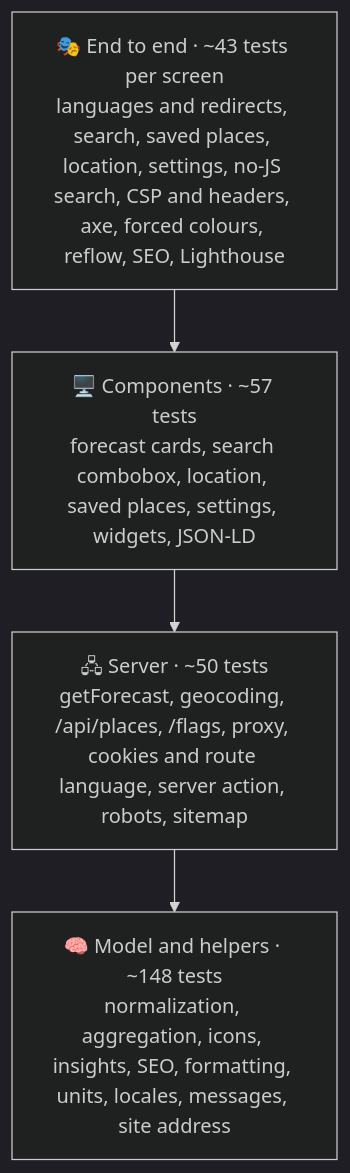
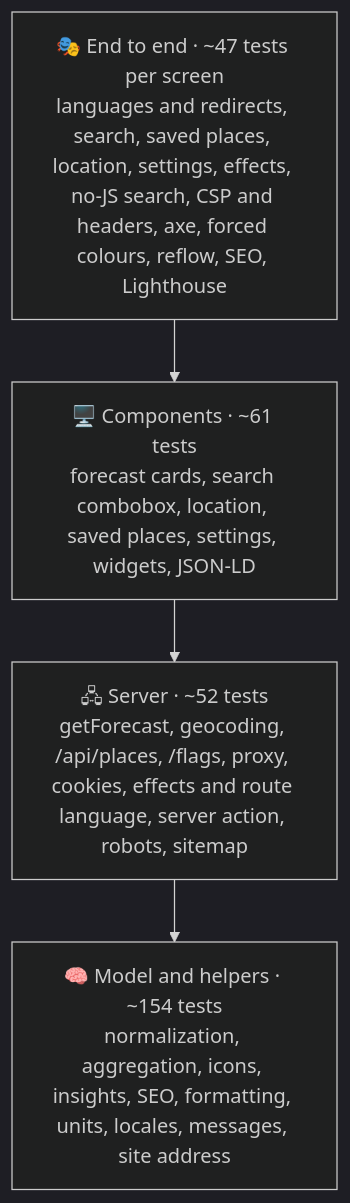
The first of 2 diagrams in docs/testing.md (sacrificed666/next-weather-app), drawn with Mermaid (dark theme) before and after one commit. The commit also changed other lines of this file and 120 other files, not shown here.

First line of the commit message:
feat: enhance preferences and effects management in settings

````diff
--- a/docs/testing.md
+++ b/docs/testing.md
@@ -32,8 +32,8 @@
 ```mermaid
 flowchart TB
-  E2E["🎭 End to end · ~43 tests per screen<br/>languages and redirects, search, saved places, location, settings, no-JS search, CSP and headers, axe, forced colours, reflow, SEO, Lighthouse"]
-  UI["🖥️ Components · ~57 tests<br/>forecast cards, search combobox, location, saved places, settings, widgets, JSON-LD"]
-  Server["🖧 Server · ~50 tests<br/>getForecast, geocoding, /api/places, /flags, proxy, cookies and route language, server action, robots, sitemap"]
-  Model["🧠 Model and helpers · ~148 tests<br/>normalization, aggregation, icons, insights, SEO, formatting, units, locales, messages, site address"]
+  E2E["🎭 End to end · ~47 tests per screen<br/>languages and redirects, search, saved places, location, settings, effects, no-JS search, CSP and headers, axe, forced colours, reflow, SEO, Lighthouse"]
+  UI["🖥️ Components · ~61 tests<br/>forecast cards, search combobox, location, saved places, settings, widgets, JSON-LD"]
+  Server["🖧 Server · ~52 tests<br/>getForecast, geocoding, /api/places, /flags, proxy, cookies, effects and route language, server action, robots, sitemap"]
+  Model["🧠 Model and helpers · ~154 tests<br/>normalization, aggregation, icons, insights, SEO, formatting, units, locales, messages, site address"]
   E2E --> UI --> Server --> Model
 ```
````
